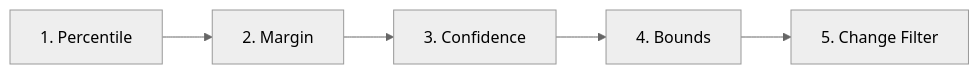
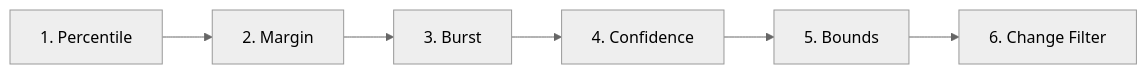
The diagram in docs/architecture/algorithm.md (attune-io/attune), drawn with Mermaid (neutral theme) before and after one commit. The commit also changed other lines of this file and 3 other files, not shown here.

````diff
--- a/docs/architecture/algorithm.md
+++ b/docs/architecture/algorithm.md
@@ -7,7 +7,8 @@
 ```mermaid
 flowchart LR
     A["1. Percentile"] --> B["2. Margin"]
-    B --> C["3. Confidence"]
-    C --> D["4. Bounds"]
-    D --> E["5. Change Filter"]
+    B --> C["3. Burst"]
+    C --> D["4. Confidence"]
+    D --> E["5. Bounds"]
+    E --> F["6. Change Filter"]
 ```
````
